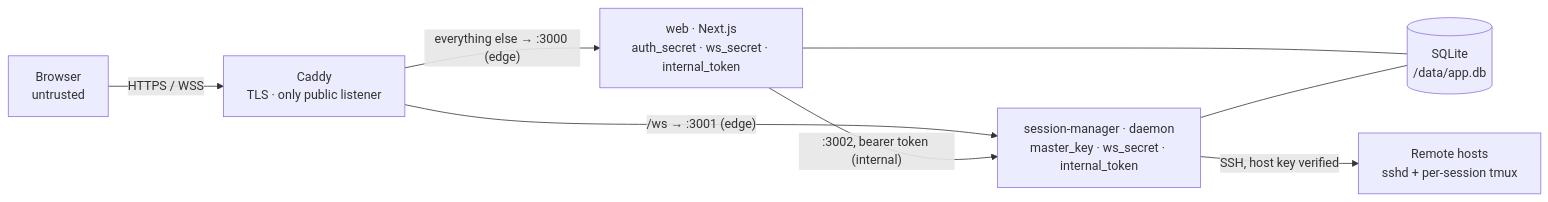
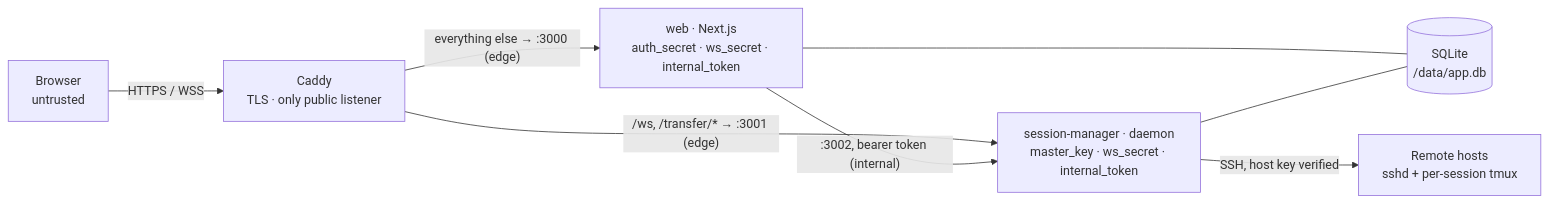
One commit to ativaone/termavox changed the diagram in docs/security.md. Above: the diagram before and after it, drawn with Mermaid. The commit also changed other lines of this file and 6 other files, not shown here.

Commit message:
File panel docs: plan, architecture, security, configuration, nginx settings for uploads, changelog

````diff
--- a/docs/security.md
+++ b/docs/security.md
@@ -31,16 +31,16 @@
 ```mermaid
 flowchart LR
   B["Browser<br/>untrusted"]
   C["Caddy<br/>TLS · only public listener"]
   W["web · Next.js<br/>auth_secret · ws_secret · internal_token"]
   S["session-manager · daemon<br/>master_key · ws_secret · internal_token"]
   D[("SQLite<br/>/data/app.db")]
   H["Remote hosts<br/>sshd + per-session tmux"]
   B -- "HTTPS / WSS" --> C
-  C -- "/ws → :3001 (edge)" --> S
+  C -- "/ws, /transfer/* → :3001 (edge)" --> S
   C -- "everything else → :3000 (edge)" --> W
   W -- ":3002, bearer token (internal)" --> S
   W --- D
   S --- D
   S -- "SSH, host key verified" --> H
 ```
````
